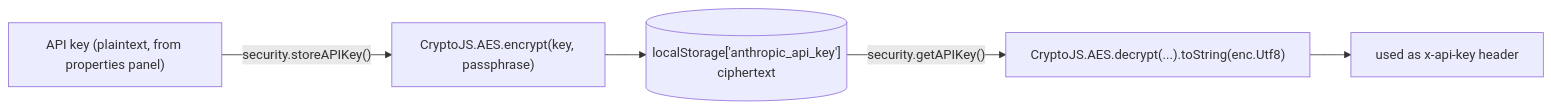
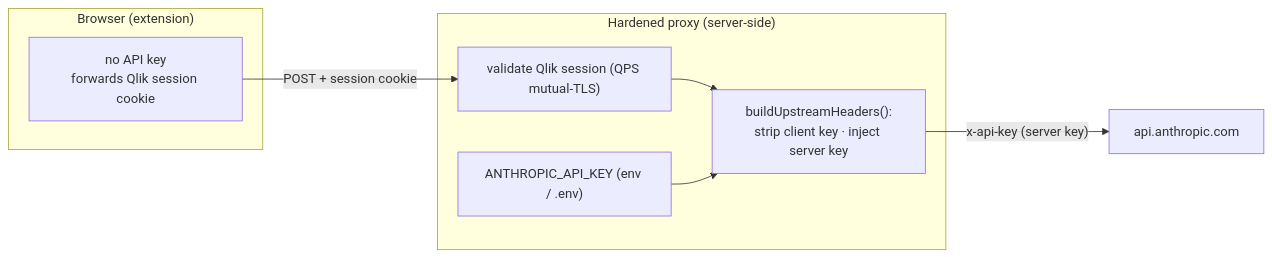
The fourth of 5 diagrams in diagrams.md (mabaeyens/AnthropicExtension), drawn with Mermaid before and after one commit. The commit also changed other lines of this file and 5 other files, not shown here.

First line of the commit message:
docs: bring README/INSTALL/diagrams to v0.5.0 proxy-only; setup.ps1 runtime-only deps

````diff
--- a/diagrams.md
+++ b/diagrams.md
@@ -148,8 +133,15 @@
 ```mermaid
 flowchart LR
-  K["API key (plaintext, from properties panel)"]
-  K -->|"security.storeAPIKey()"| E["CryptoJS.AES.encrypt(key, passphrase)"]
-  E --> LS[("localStorage['anthropic_api_key']<br/>ciphertext")]
-  LS -->|"security.getAPIKey()"| DEC["CryptoJS.AES.decrypt(...).toString(enc.Utf8)"]
-  DEC --> H["used as x-api-key header"]
+  subgraph Browser["Browser (extension)"]
+    NOKEY["no API key<br/>forwards Qlik session cookie"]
+  end
+  subgraph Proxy["Hardened proxy (server-side)"]
+    ENV["ANTHROPIC_API_KEY (env / .env)"]
+    INJ["buildUpstreamHeaders():<br/>strip client key · inject server key"]
+    AUTH["validate Qlik session (QPS mutual-TLS)"]
+  end
+  NOKEY -->|"POST + session cookie"| AUTH
+  AUTH --> INJ
+  ENV --> INJ
+  INJ -->|"x-api-key (server key)"| ANT["api.anthropic.com"]
 ```
````
